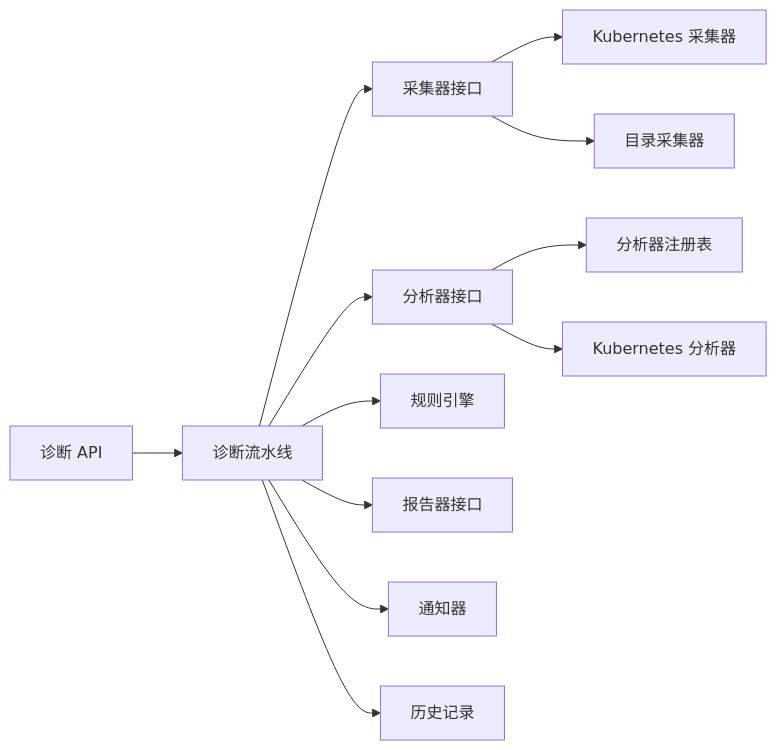
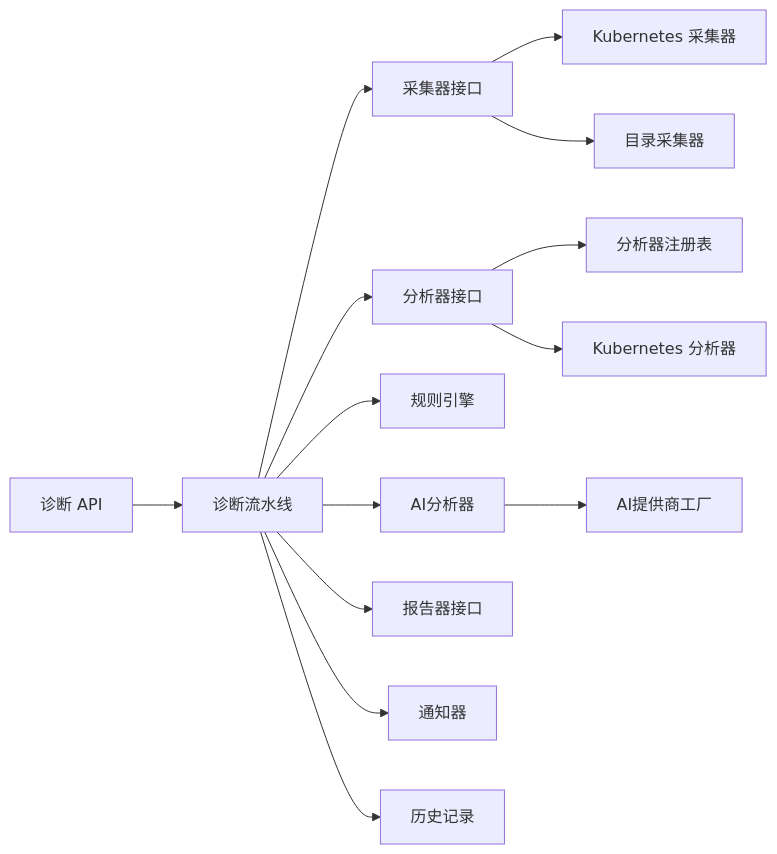
The eighth of 8 diagrams in .qoder/repowiki/zh/content/系统架构/诊断引擎架构/诊断引擎架构.md (kudig-io/klaw), drawn with Mermaid before and after one commit. The commit also changed other lines of this file and 336 other files, not shown here.

````diff
--- a/.qoder/repowiki/zh/content/系统架构/诊断引擎架构/诊断引擎架构.md
+++ b/.qoder/repowiki/zh/content/系统架构/诊断引擎架构/诊断引擎架构.md
@@ -326,14 +396,16 @@
 ```mermaid
 graph LR
 API["诊断 API"] --> PIPE["诊断流水线"]
 PIPE --> COL_IF["采集器接口"]
 PIPE --> ANA_IF["分析器接口"]
 PIPE --> RLS["规则引擎"]
+PIPE --> AI_IF["AI分析器"]
 PIPE --> REP_IF["报告器接口"]
 PIPE --> NOTI["通知器"]
 PIPE --> HIST["历史记录"]
 COL_IF --> K8S_COL["Kubernetes 采集器"]
 COL_IF --> DIR_COL["目录采集器"]
 ANA_IF --> REG["分析器注册表"]
 ANA_IF --> K8S_ANA["Kubernetes 分析器"]
+AI_IF --> AI_PROVIDER["AI提供商工厂"]
 ```
````
